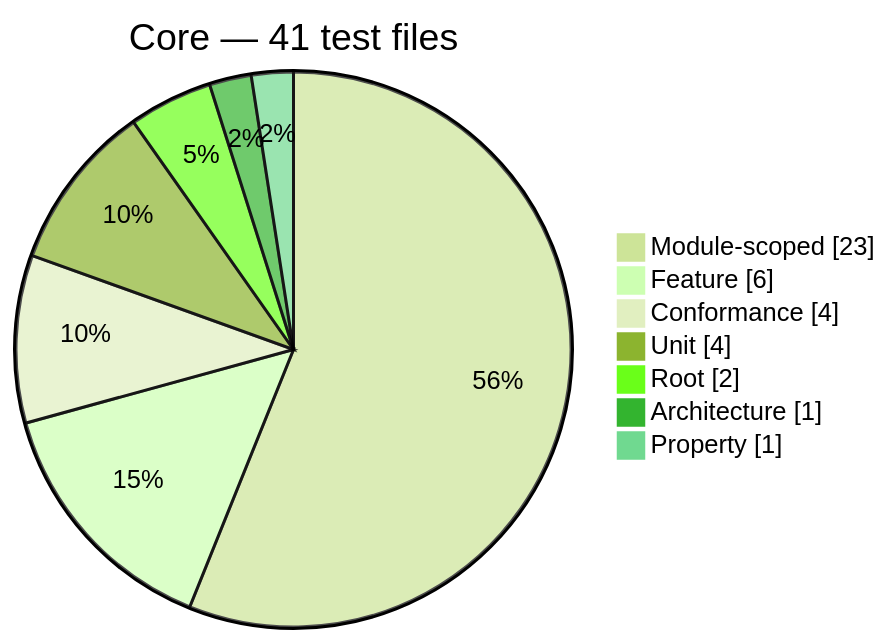
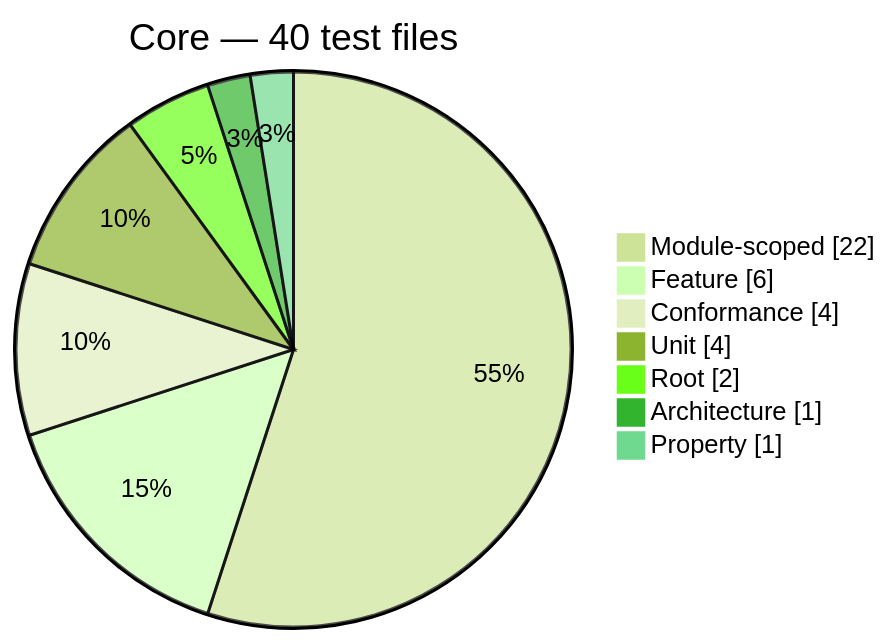
Diagram 12 of 13 in docs/generated/test-composition.md (PHP-Arazzo/php-arazzo), drawn with Mermaid (forest theme) before and after one commit. The commit also changed other lines of this file and 43 other files, not shown here.

````diff
--- a/docs/generated/test-composition.md
+++ b/docs/generated/test-composition.md
@@ -172,11 +172,11 @@
 ```mermaid
 pie showData
-    title Core — 41 test files
-    "Module-scoped": 23
+    title Core — 40 test files
+    "Module-scoped": 22
     "Feature": 6
     "Conformance": 4
     "Unit": 4
     "Root": 2
     "Architecture": 1
     "Property": 1
 ```
````
